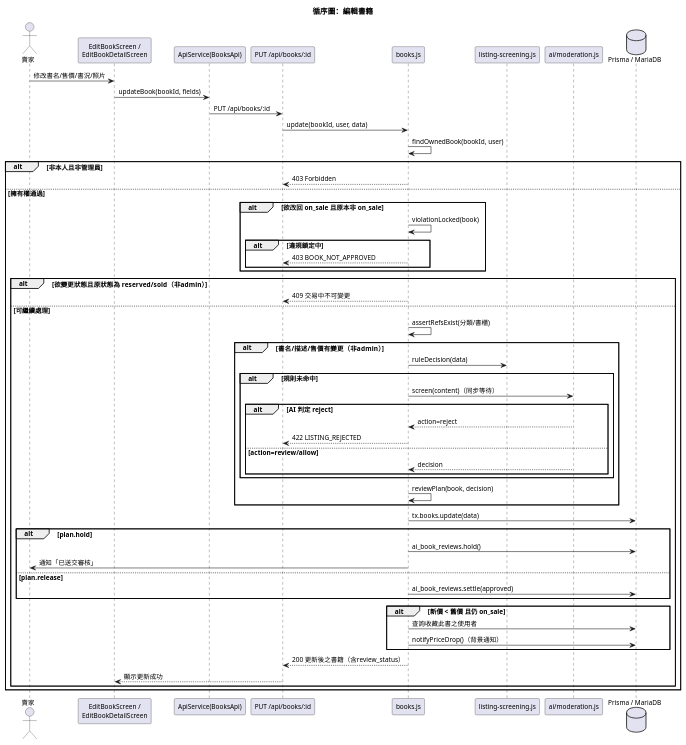
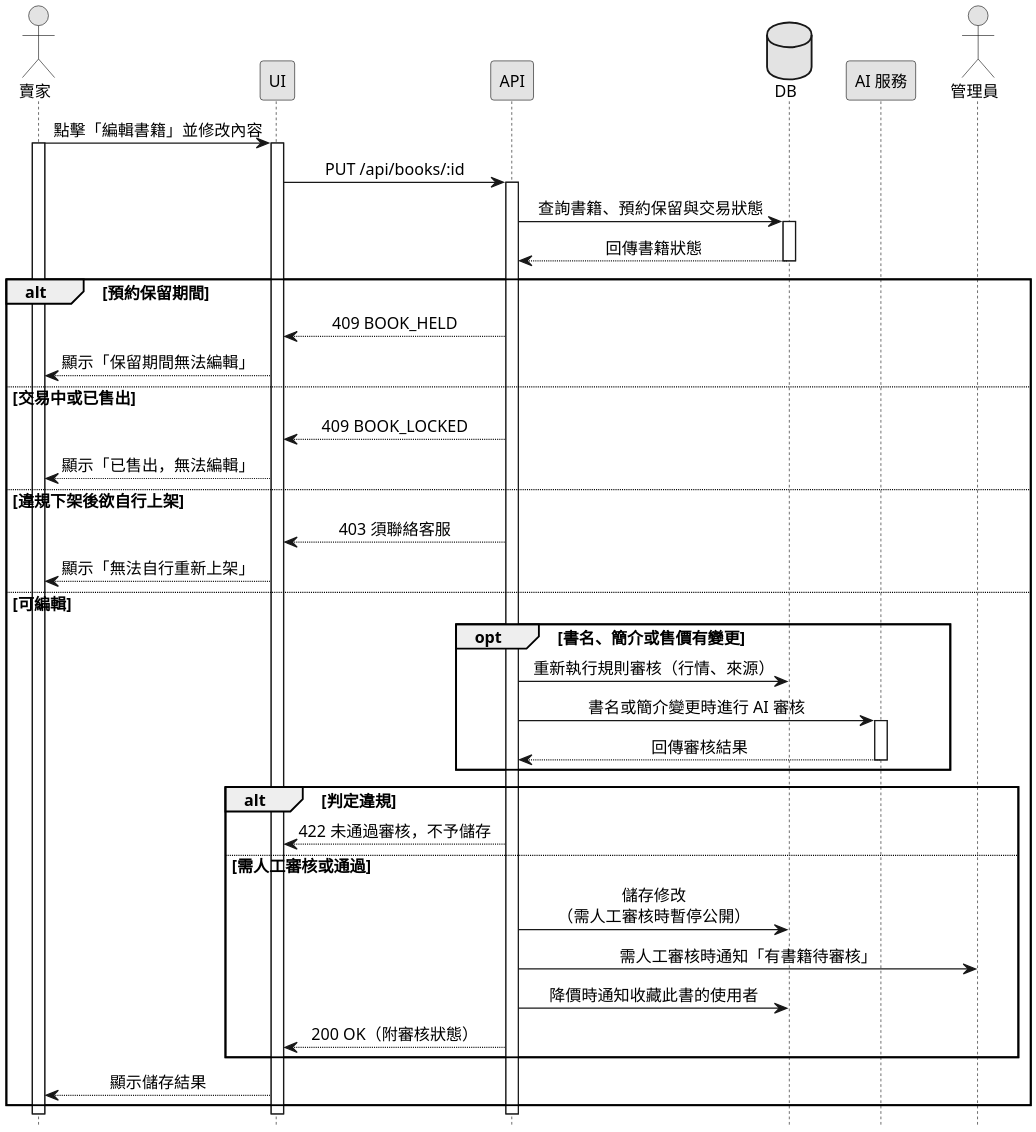
The diagram in Diagrams/Sequence Diagrams/v3/seq_edit.puml (SaveMyBook/SaveMyBook), drawn with PlantUML before and after one commit. The commit also changed 268 other files, not shown here.

```diff
--- a/Diagrams/Sequence Diagrams/v3/seq_edit.puml
+++ b/Diagrams/Sequence Diagrams/v3/seq_edit.puml
@@ -1,63 +1,58 @@
 @startuml
-!pragma layout smetana
-skinparam defaultFontName "Microsoft JhengHei"
-skinparam defaultFontSize 12
-title 循序圖：編輯書籍
+skinparam monochrome true
+skinparam shadowing false
+skinparam dpi 220
+skinparam defaultFontName "PingFang TC"
+skinparam defaultFontSize 13
+skinparam sequenceMessageAlign center
+skinparam ParticipantPadding 18
+hide footbox
 
-actor 賣家 as Seller
-participant "EditBookScreen /\nEditBookDetailScreen" as UI
-participant "ApiService(BooksApi)" as ApiSvc
-participant "PUT /api/books/:id" as Route
-participant "books.js" as BooksSvc
-participant "listing-screening.js" as Screen
-participant "ai/moderation.js" as Moderation
-database "Prisma / MariaDB" as DB
+actor 賣家
+participant UI
+participant API
+database DB
+participant "AI 服務" as AI
+actor 管理員
 
-Seller -> UI : 修改書名/售價/書況/照片
-UI -> ApiSvc : updateBook(bookId, fields)
-ApiSvc -> Route : PUT /api/books/:id
-Route -> BooksSvc : update(bookId, user, data)
-BooksSvc -> BooksSvc : findOwnedBook(bookId, user)
+賣家 -> UI : 點擊「編輯書籍」並修改內容
+activate 賣家
+activate UI
+UI -> API : PUT /api/books/:id
+activate API
+API -> DB : 查詢書籍、預約保留與交易狀態
+activate DB
+DB --> API : 回傳書籍狀態
+deactivate DB
 
-alt 非本人且非管理員
-  BooksSvc --> Route : 403 Forbidden
-else 擁有權通過
-  alt 欲改回 on_sale 且原本非 on_sale
-    BooksSvc -> BooksSvc : violationLocked(book)
-    alt 違規鎖定中
-      BooksSvc --> Route : 403 BOOK_NOT_APPROVED
-    end
+alt 預約保留期間
+  API --> UI : 409 BOOK_HELD
+  UI --> 賣家 : 顯示「保留期間無法編輯」
+else 交易中或已售出
+  API --> UI : 409 BOOK_LOCKED
+  UI --> 賣家 : 顯示「已售出，無法編輯」
+else 違規下架後欲自行上架
+  API --> UI : 403 須聯絡客服
+  UI --> 賣家 : 顯示「無法自行重新上架」
+else 可編輯
+  opt 書名、簡介或售價有變更
+    API -> DB : 重新執行規則審核（行情、來源）
+    API -> AI : 書名或簡介變更時進行 AI 審核
+    activate AI
+    AI --> API : 回傳審核結果
+    deactivate AI
   end
-  alt 欲變更狀態且原狀態為 reserved/sold（非admin）
-    BooksSvc --> Route : 409 交易中不可變更
-  else 可繼續處理
-    BooksSvc -> BooksSvc : assertRefsExist(分類/書櫃)
-    alt 書名/描述/售價有變更（非admin）
-      BooksSvc -> Screen : ruleDecision(data)
-      alt 規則未命中
-        BooksSvc -> Moderation : screen(content)（同步等待）
-        alt AI 判定 reject
-          Moderation --> BooksSvc : action=reject
-          BooksSvc --> Route : 422 LISTING_REJECTED
-        else action=review/allow
-          Moderation --> BooksSvc : decision
-        end
-      end
-      BooksSvc -> BooksSvc : reviewPlan(book, decision)
-    end
-    BooksSvc -> DB : tx.books.update(data)
-    alt plan.hold
-      BooksSvc -> DB : ai_book_reviews.hold()
-      BooksSvc -> Seller : 通知「已送交審核」
-    else plan.release
-      BooksSvc -> DB : ai_book_reviews.settle(approved)
-    end
-    alt 新價 < 舊價 且仍 on_sale
-      BooksSvc -> DB : 查詢收藏此書之使用者
-      BooksSvc -> DB : notifyPriceDrop()（背景通知）
-    end
-    BooksSvc --> Route : 200 更新後之書籍（含review_status）
-    Route --> UI : 顯示更新成功
+  alt 判定違規
+    API --> UI : 422 未通過審核，不予儲存
+  else 需人工審核或通過
+    API -> DB : 儲存修改\n（需人工審核時暫停公開）
+    API -> 管理員 : 需人工審核時通知「有書籍待審核」
+    API -> DB : 降價時通知收藏此書的使用者
+    API --> UI : 200 OK（附審核狀態）
   end
+  UI --> 賣家 : 顯示儲存結果
 end
+deactivate API
+deactivate UI
+deactivate 賣家
 @enduml
```
